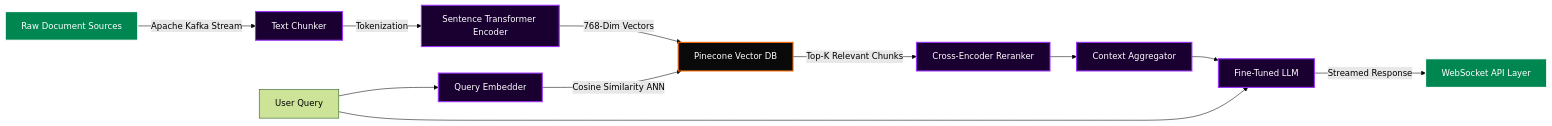
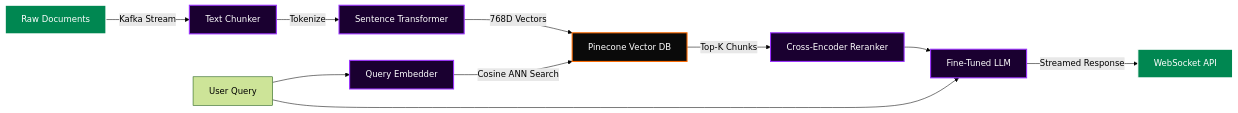
Before and after one commit to NewNexus001/newnexus001: the second of 25 diagrams in README.md, drawn with Mermaid (forest theme). The commit also changed other lines of this file, not shown here.

````diff
--- a/README.md
+++ b/README.md
@@ -147,17 +122,16 @@
 ```mermaid
 graph LR
-    classDef ingest fill:#008751,stroke:#ffffff,stroke-width:2px,color:#fff
-    classDef compute fill:#1a0030,stroke:#9B30FF,stroke-width:2px,color:#fff
-    classDef store fill:#0a0a0a,stroke:#FF6B00,stroke-width:2px,color:#fff
+    classDef ing fill:#008751,stroke:#fff,stroke-width:2px,color:#fff
+    classDef cmp fill:#1a0030,stroke:#9B30FF,stroke-width:2px,color:#fff
+    classDef str fill:#0a0a0a,stroke:#FF6B00,stroke-width:2px,color:#fff
 
-    RAW["Raw Document Sources"]:::ingest -->|Apache Kafka Stream| CHUNK["Text Chunker"]:::compute
-    CHUNK -->|Tokenization| EMBED["Sentence Transformer Encoder"]:::compute
-    EMBED -->|768-Dim Vectors| VDB["Pinecone Vector DB"]:::store
-    QUERY["User Query"] --> QEMBED["Query Embedder"]:::compute
-    QEMBED -->|Cosine Similarity ANN| VDB
-    VDB -->|Top-K Relevant Chunks| RANK["Cross-Encoder Reranker"]:::compute
-    RANK --> AGG["Context Aggregator"]:::compute
-    AGG --> LLM["Fine-Tuned LLM"]:::compute
+    RAW["Raw Documents"]:::ing -->|Kafka Stream| CHUNK["Text Chunker"]:::cmp
+    CHUNK -->|Tokenize| EMBED["Sentence Transformer"]:::cmp
+    EMBED -->|768D Vectors| VDB["Pinecone Vector DB"]:::str
+    QUERY["User Query"] --> QEMBED["Query Embedder"]:::cmp
+    QEMBED -->|Cosine ANN Search| VDB
+    VDB -->|Top-K Chunks| RANK["Cross-Encoder Reranker"]:::cmp
+    RANK --> LLM["Fine-Tuned LLM"]:::cmp
     QUERY --> LLM
-    LLM -->|Streamed Response| WS["WebSocket API Layer"]:::ingest
+    LLM -->|Streamed Response| WS["WebSocket API"]:::ing
 ```
````
